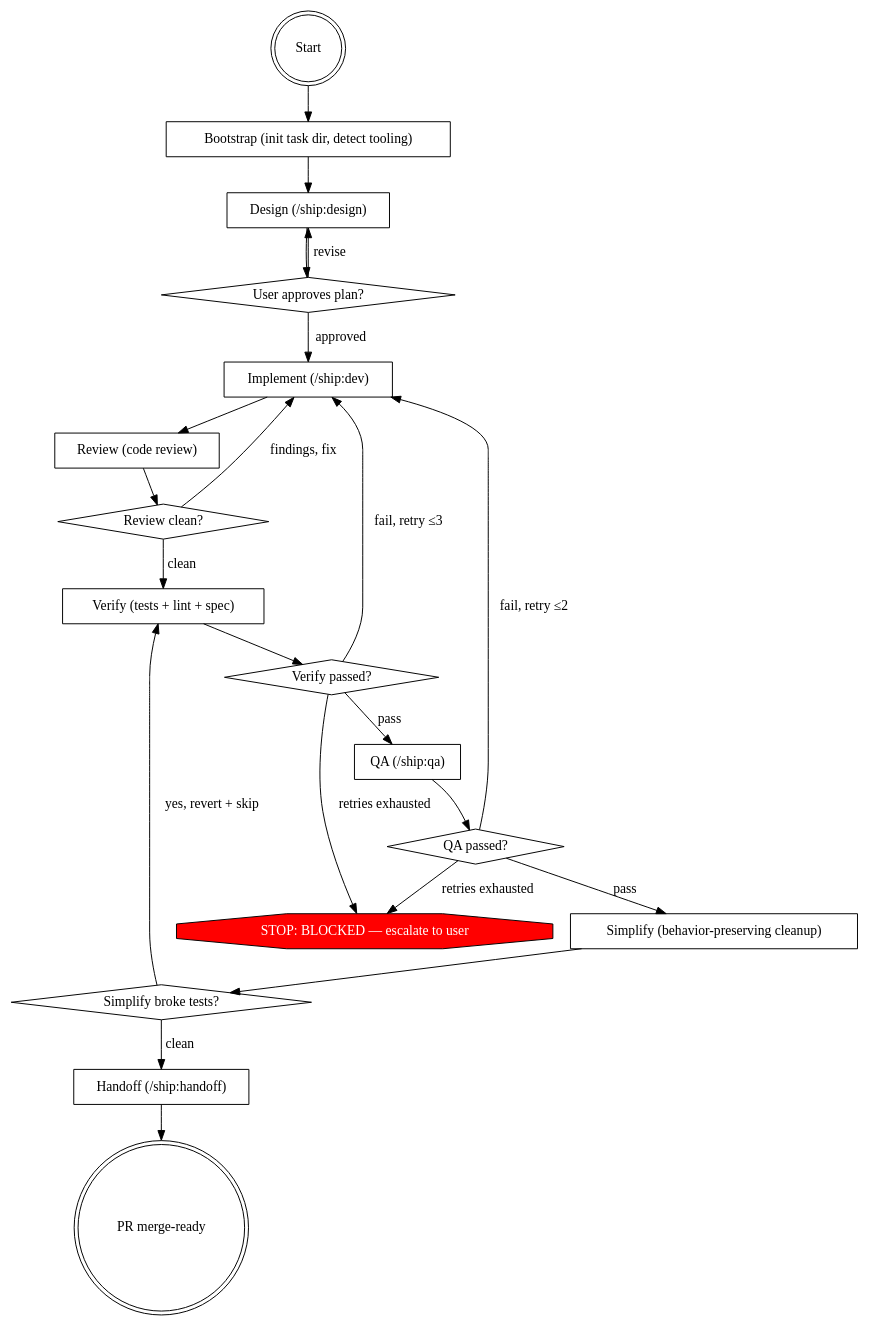
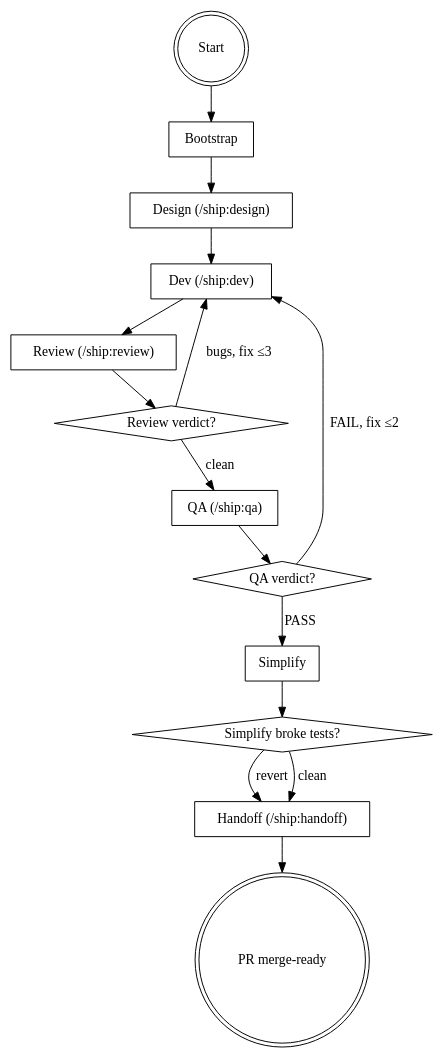
The diagram in skills/auto/SKILL.md (heliohq/ship), drawn with Graphviz before and after one commit. The commit also changed other lines of this file, not shown here.

First line of the commit message:
feat: rewrite /ship:auto as thin orchestrator — state-driven, no-skip pipeline

````diff
--- a/skills/auto/SKILL.md
+++ b/skills/auto/SKILL.md
@@ -64,44 +46,33 @@
 ```dot
 digraph auto {
     rankdir=TB;
 
     "Start" [shape=doublecircle];
-    "Bootstrap (init task dir, detect tooling)" [shape=box];
+    "Bootstrap" [shape=box];
     "Design (/ship:design)" [shape=box];
-    "User approves plan?" [shape=diamond];
-    "Implement (/ship:dev)" [shape=box];
-    "Review (code review)" [shape=box];
-    "Review clean?" [shape=diamond];
-    "Verify (tests + lint + spec)" [shape=box];
-    "Verify passed?" [shape=diamond];
+    "Dev (/ship:dev)" [shape=box];
+    "Review (/ship:review)" [shape=box];
+    "Review verdict?" [shape=diamond];
     "QA (/ship:qa)" [shape=box];
-    "QA passed?" [shape=diamond];
-    "Simplify (behavior-preserving cleanup)" [shape=box];
+    "QA verdict?" [shape=diamond];
+    "Simplify" [shape=box];
     "Simplify broke tests?" [shape=diamond];
     "Handoff (/ship:handoff)" [shape=box];
     "PR merge-ready" [shape=doublecircle];
-    "STOP: BLOCKED — escalate to user" [shape=octagon, style=filled, fillcolor=red, fontcolor=white];
 
-    "Start" -> "Bootstrap (init task dir, detect tooling)";
-    "Bootstrap (init task dir, detect tooling)" -> "Design (/ship:design)";
-    "Design (/ship:design)" -> "User approves plan?";
-    "User approves plan?" -> "Design (/ship:design)" [label="revise"];
-    "User approves plan?" -> "Implement (/ship:dev)" [label="approved"];
-    "Implement (/ship:dev)" -> "Review (code review)";
-    "Review (code review)" -> "Review clean?";
-    "Review clean?" -> "Implement (/ship:dev)" [label="findings, fix"];
-    "Review clean?" -> "Verify (tests + lint + spec)" [label="clean"];
-    "Verify (tests + lint + spec)" -> "Verify passed?";
-    "Verify passed?" -> "Implement (/ship:dev)" [label="fail, retry ≤3"];
-    "Verify passed?" -> "QA (/ship:qa)" [label="pass"];
-    "Verify passed?" -> "STOP: BLOCKED — escalate to user" [label="retries exhausted"];
-    "QA (/ship:qa)" -> "QA passed?";
-    "QA passed?" -> "Implement (/ship:dev)" [label="fail, retry ≤2"];
-    "QA passed?" -> "Simplify (behavior-preserving cleanup)" [label="pass"];
-    "QA passed?" -> "STOP: BLOCKED — escalate to user" [label="retries exhausted"];
-    "Simplify (behavior-preserving cleanup)" -> "Simplify broke tests?";
-    "Simplify broke tests?" -> "Verify (tests + lint + spec)" [label="yes, revert + skip"];
+    "Start" -> "Bootstrap";
+    "Bootstrap" -> "Design (/ship:design)";
+    "Design (/ship:design)" -> "Dev (/ship:dev)";
+    "Dev (/ship:dev)" -> "Review (/ship:review)";
+    "Review (/ship:review)" -> "Review verdict?";
+    "Review verdict?" -> "Dev (/ship:dev)" [label="bugs, fix ≤3"];
+    "Review verdict?" -> "QA (/ship:qa)" [label="clean"];
+    "QA (/ship:qa)" -> "QA verdict?";
+    "QA verdict?" -> "Dev (/ship:dev)" [label="FAIL, fix ≤2"];
+    "QA verdict?" -> "Simplify" [label="PASS"];
+    "Simplify" -> "Simplify broke tests?";
+    "Simplify broke tests?" -> "Handoff (/ship:handoff)" [label="revert"];
     "Simplify broke tests?" -> "Handoff (/ship:handoff)" [label="clean"];
     "Handoff (/ship:handoff)" -> "PR merge-ready";
 }
 ```
````
